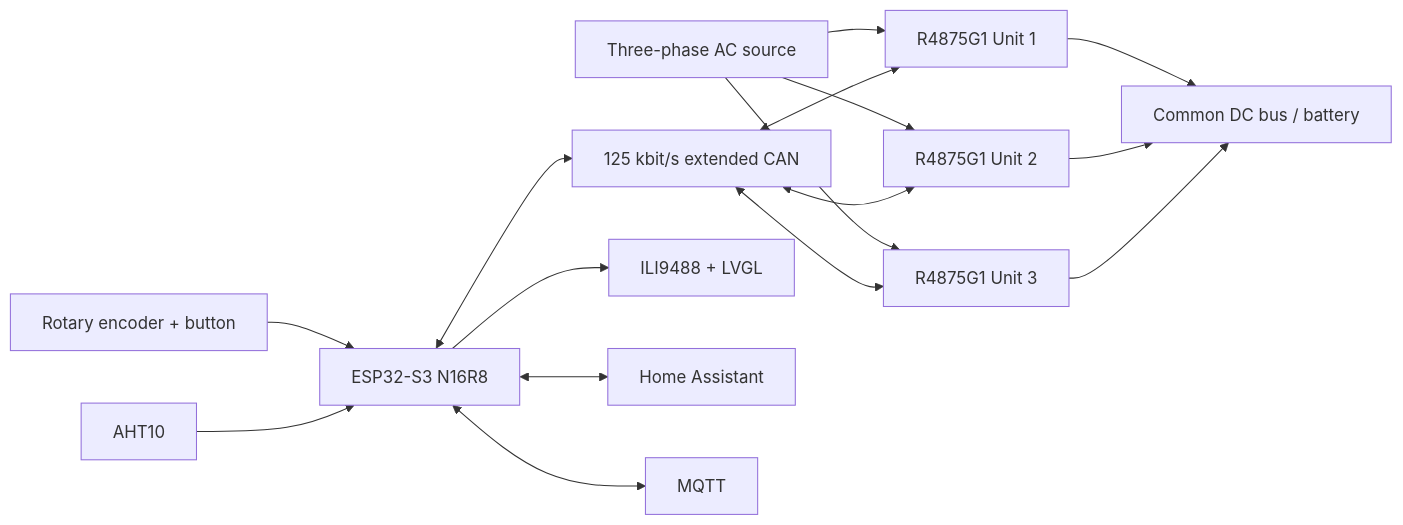
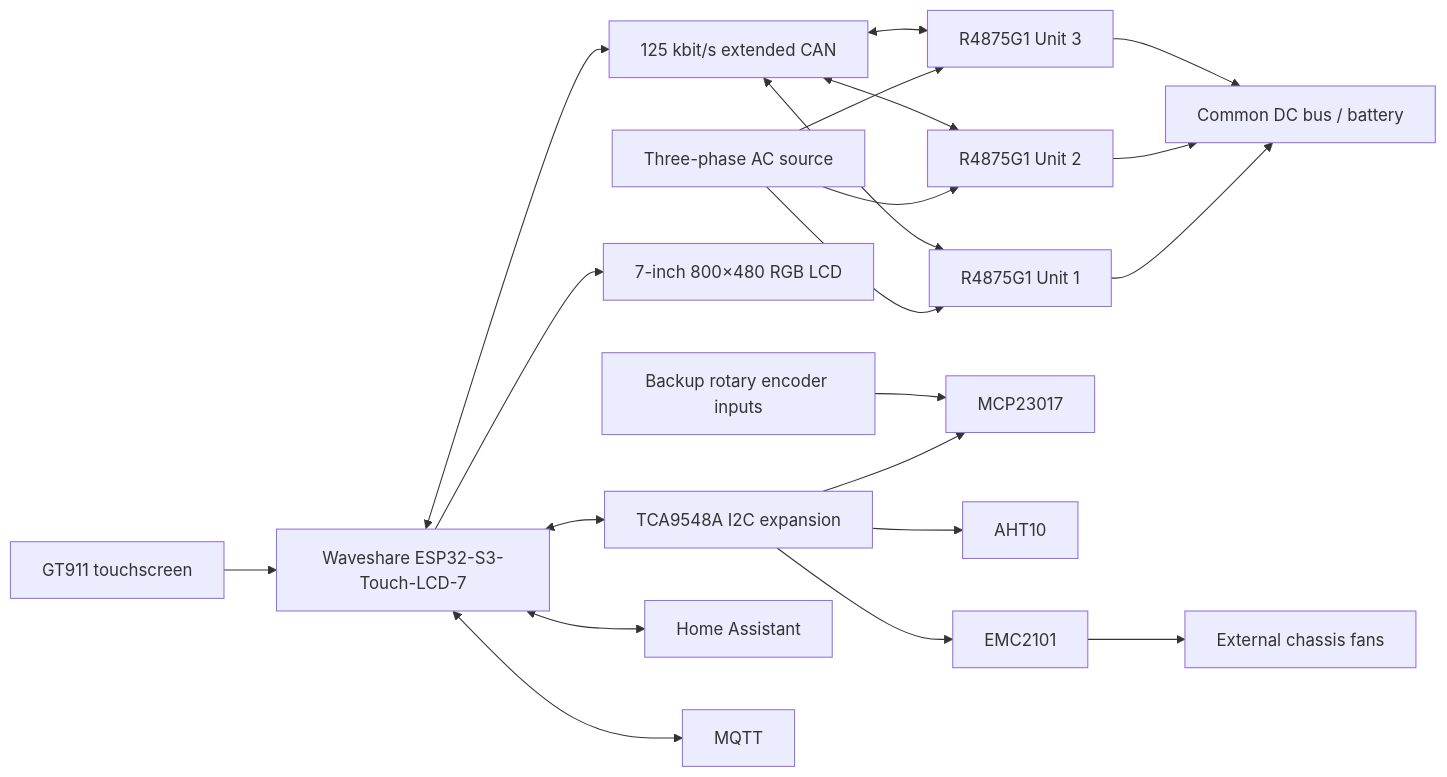
The first of 4 diagrams in R4875G1_CONTROL_FLOWS.md (anwa/esphome-r4875g1-3phase-charger), drawn with Mermaid before and after one commit. The commit also changed other lines of this file and 1 other file, not shown here.

First line of the commit message:
Update V5 control-flow and Markdown documentation rules

````diff
--- a/R4875G1_CONTROL_FLOWS.md
+++ b/R4875G1_CONTROL_FLOWS.md
@@ -32,18 +34,29 @@
 ```mermaid
 flowchart LR
     AC[Three-phase AC source] --> U1[R4875G1 Unit 1]
     AC --> U2[R4875G1 Unit 2]
     AC --> U3[R4875G1 Unit 3]
+
     U1 --> DCBUS[Common DC bus / battery]
     U2 --> DCBUS
     U3 --> DCBUS
-    ESP[ESP32-S3 N16R8] <--> CAN[125 kbit/s extended CAN]
+
+    CTRL[Waveshare ESP32-S3-Touch-LCD-7] <--> CAN[125 kbit/s extended CAN]
     CAN <--> U1
     CAN <--> U2
     CAN <--> U3
-    ENC[Rotary encoder + button] --> ESP
-    AHT[AHT10] --> ESP
-    ESP --> TFT[ILI9488 + LVGL]
-    ESP <--> HA[Home Assistant]
-    ESP <--> MQTT[MQTT]
+
+    CTRL --> LCD[7-inch 800×480 RGB LCD]
+    TOUCH[GT911 touchscreen] --> CTRL
+
+    CTRL <--> I2C[TCA9548A I2C expansion]
+    I2C --> MCP[MCP23017]
+    I2C --> AHT[AHT10]
+    I2C --> EMC[EMC2101]
+
+    ENC[Backup rotary encoder inputs] --> MCP
+    EMC --> FANS[External chassis fans]
+
+    CTRL <--> HA[Home Assistant]
+    CTRL <--> MQTT[MQTT]
 ```
````
